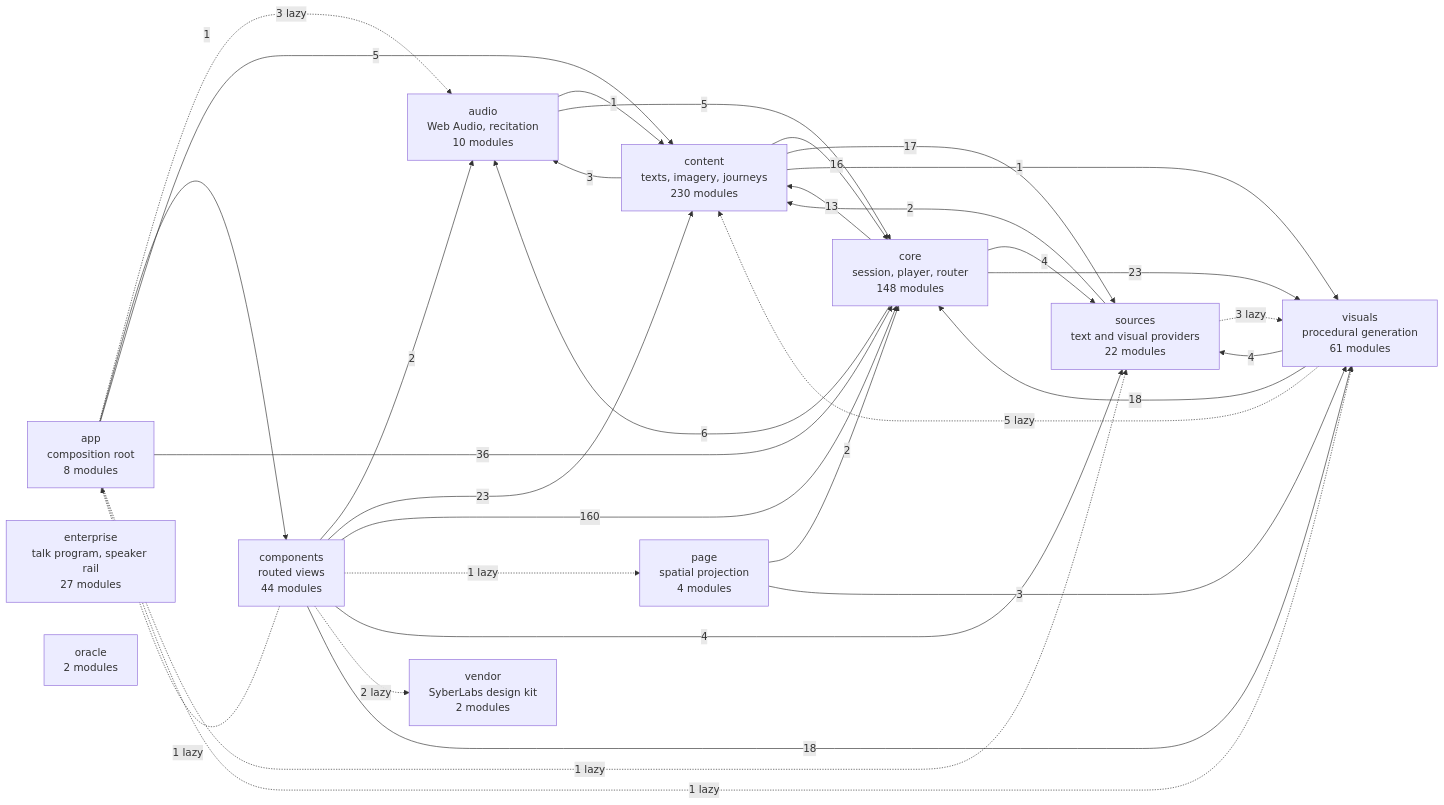
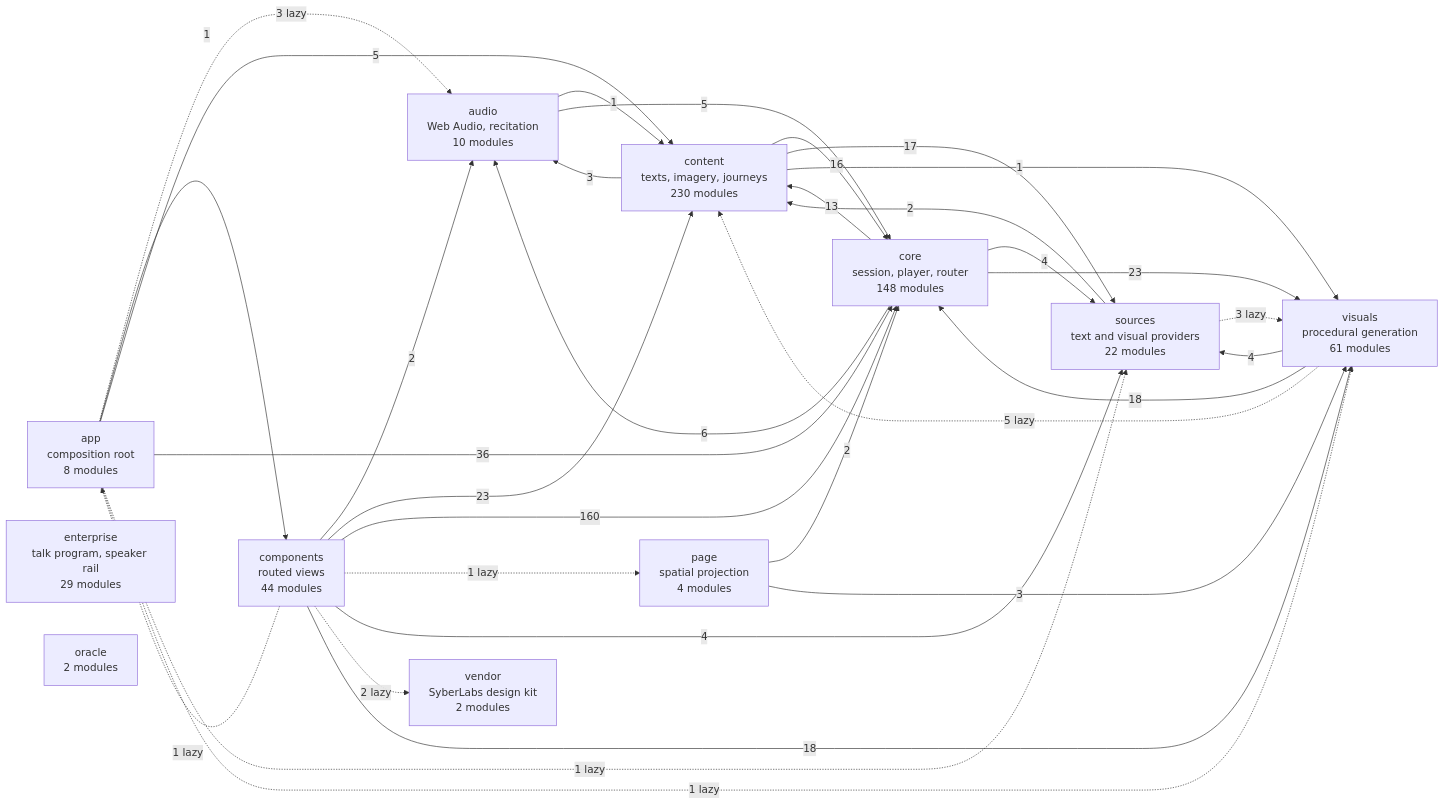
The diagram in docs/specs/ARCHITECTURE.md (SyberLabs/RISE), drawn with Mermaid before and after one commit. The commit also changed other lines of this file and 8 other files, not shown here.

````diff
--- a/docs/specs/ARCHITECTURE.md
+++ b/docs/specs/ARCHITECTURE.md
@@ -160,46 +160,46 @@
 ```mermaid
 flowchart LR
     app["app<br/>composition root<br/>8 modules"]
     audio["audio<br/>Web Audio, recitation<br/>10 modules"]
     components["components<br/>routed views<br/>44 modules"]
     content["content<br/>texts, imagery, journeys<br/>230 modules"]
     core["core<br/>session, player, router<br/>148 modules"]
-    enterprise["enterprise<br/>talk program, speaker rail<br/>27 modules"]
+    enterprise["enterprise<br/>talk program, speaker rail<br/>29 modules"]
     oracle["oracle<br/>2 modules"]
     page["page<br/>spatial projection<br/>4 modules"]
     sources["sources<br/>text and visual providers<br/>22 modules"]
     vendor["vendor<br/>SyberLabs design kit<br/>2 modules"]
     visuals["visuals<br/>procedural generation<br/>61 modules"]
 
     app -.-> |3 lazy| audio
     app --> |1| components
     app --> |5| content
     app --> |36| core
     app -.-> |1 lazy| sources
     app -.-> |1 lazy| visuals
     audio --> |1| content
     audio --> |5| core
     components -.-> |1 lazy| app
     components --> |2| audio
     components --> |23| content
     components --> |160| core
     components -.-> |1 lazy| page
     components --> |4| sources
     components -.-> |2 lazy| vendor
     components --> |18| visuals
     content --> |3| audio
     content --> |16| core
     content --> |17| sources
     content --> |1| visuals
     core --> |6| audio
     core --> |13| content
     core --> |4| sources
     core --> |23| visuals
     page --> |2| core
     page --> |3| visuals
     sources --> |2| content
     sources -.-> |3 lazy| visuals
     visuals -.-> |5 lazy| content
     visuals --> |18| core
     visuals --> |4| sources
 ```
````
